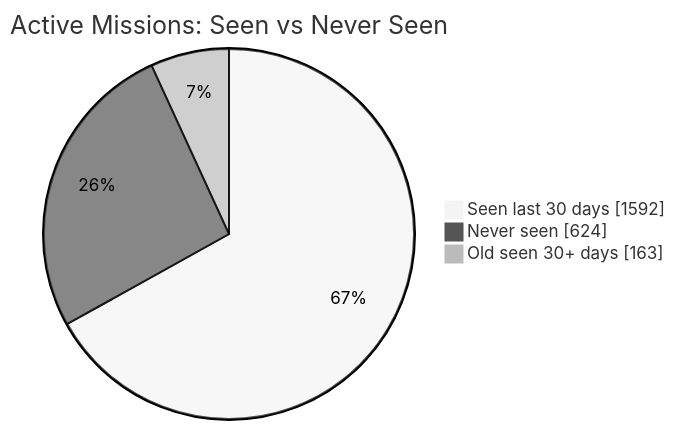
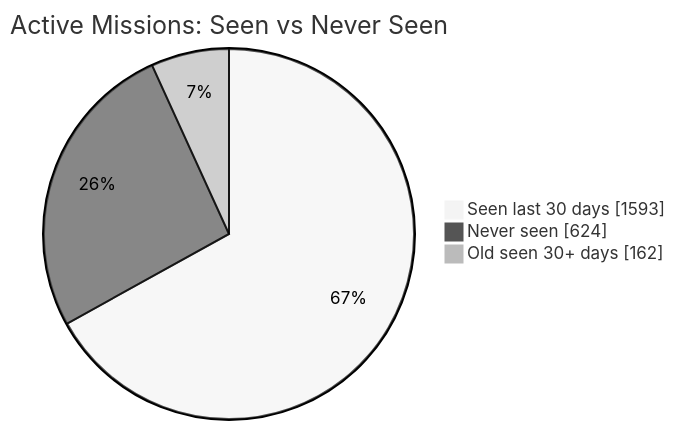
Before and after one commit to MeldkamerspelGameTeam/active-missions: the first of 2 diagrams in README.md, drawn with Mermaid (neutral theme). The commit also changed other lines of this file and 2 other files, not shown here.

````diff
--- a/README.md
+++ b/README.md
@@ -34,7 +34,7 @@
 ```mermaid
 pie showData
     title Active Missions: Seen vs Never Seen
-    "Seen last 30 days" : 1592
+    "Seen last 30 days" : 1593
     "Never seen" : 624
-    "Old seen 30+ days" : 163
+    "Old seen 30+ days" : 162
 ```
````
